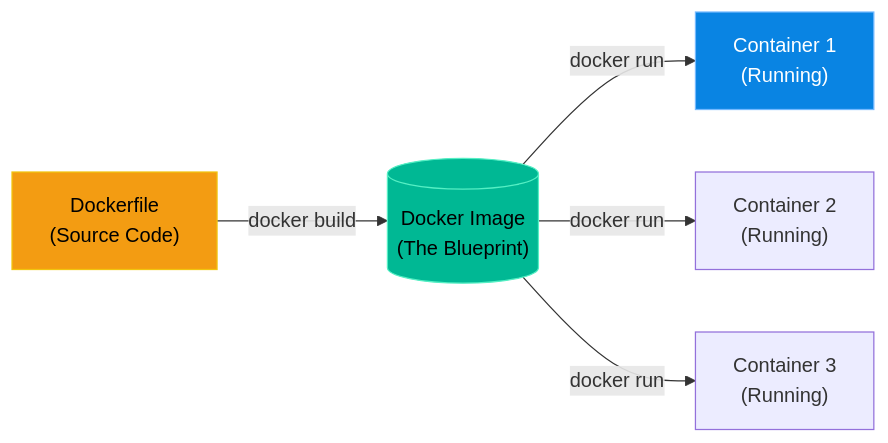
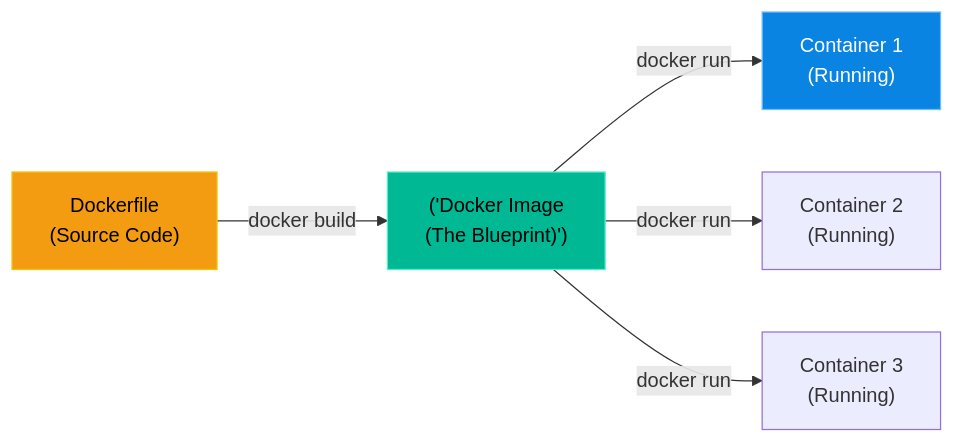
Before and after one commit to laxya911/linux-support-engineer-master-handbook: the diagram in volumes/volume-03-enterprise-linux-services/chapters/V3-C22-building-images.md, drawn with Mermaid. The commit also changed other lines of this file and 101 other files, not shown here.

Commit message:
Fix mermaid syntax across all chapters

````diff
--- a/volumes/volume-03-enterprise-linux-services/chapters/V3-C22-building-images.md
+++ b/volumes/volume-03-enterprise-linux-services/chapters/V3-C22-building-images.md
@@ -43,12 +43,12 @@
 ```mermaid
 flowchart LR
-    A["Dockerfile \n (Source Code)"] -->|docker build| B[("Docker Image \n (The Blueprint)")]
+    A["Dockerfile \n (Source Code)"] -->|"docker build"| B["('Docker Image \n (The Blueprint)')"]
     
-    B -->|docker run| C["Container 1 \n (Running)"]
-    B -->|docker run| D["Container 2 \n (Running)"]
-    B -->|docker run| E["Container 3 \n (Running)"]
+    B -->|"docker run"| C["Container 1 \n (Running)"]
+    B -->|"docker run"| D["Container 2 \n (Running)"]
+    B -->|"docker run"| E["Container 3 \n (Running)"]
     
     style A fill:#f39c12,stroke:#f1c40f,color:#000
     style B fill:#00b894,stroke:#55efc4,color:#000
     style C fill:#0984e3,stroke:#74b9ff,color:#fff
 ```
````
